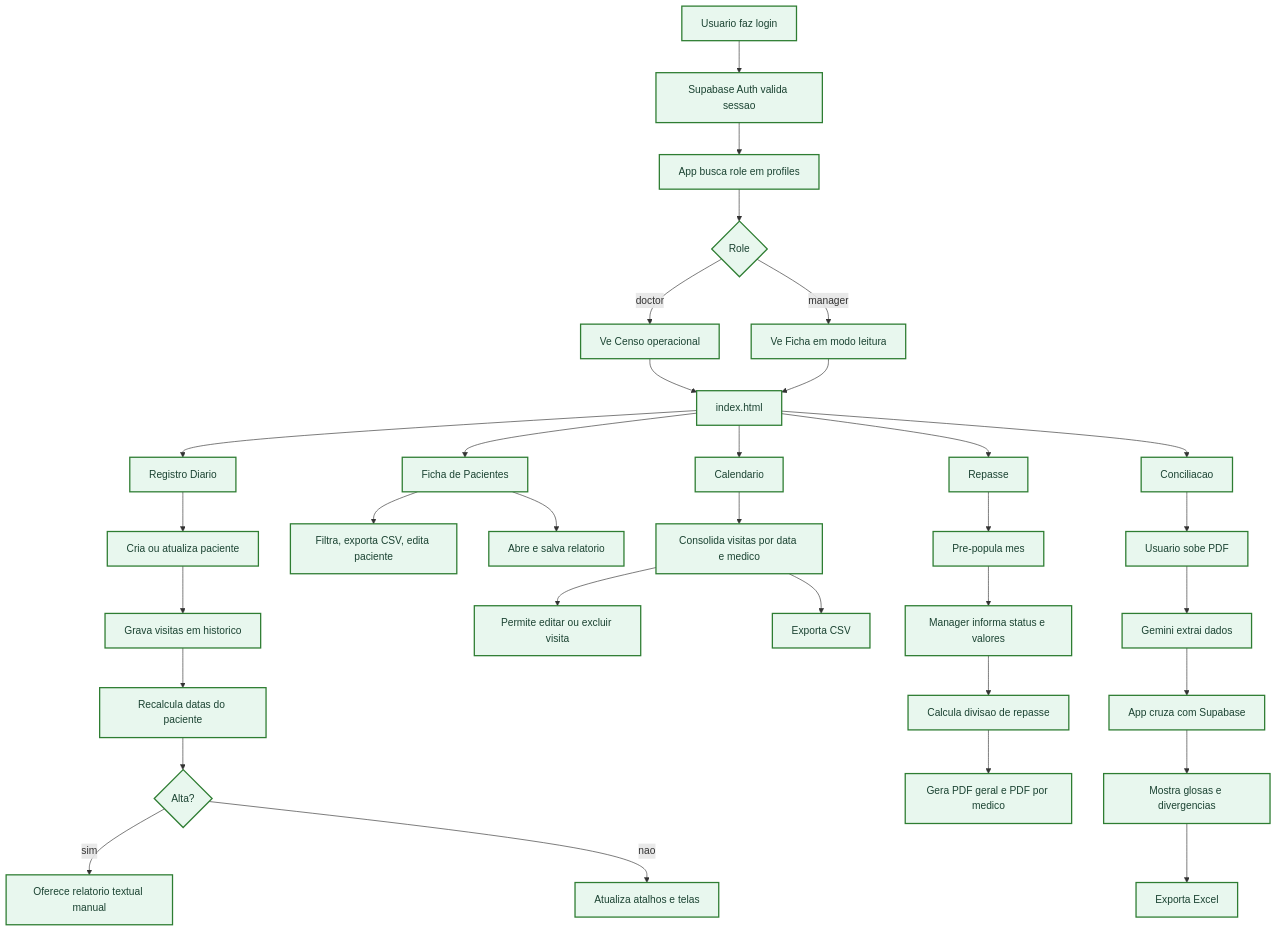
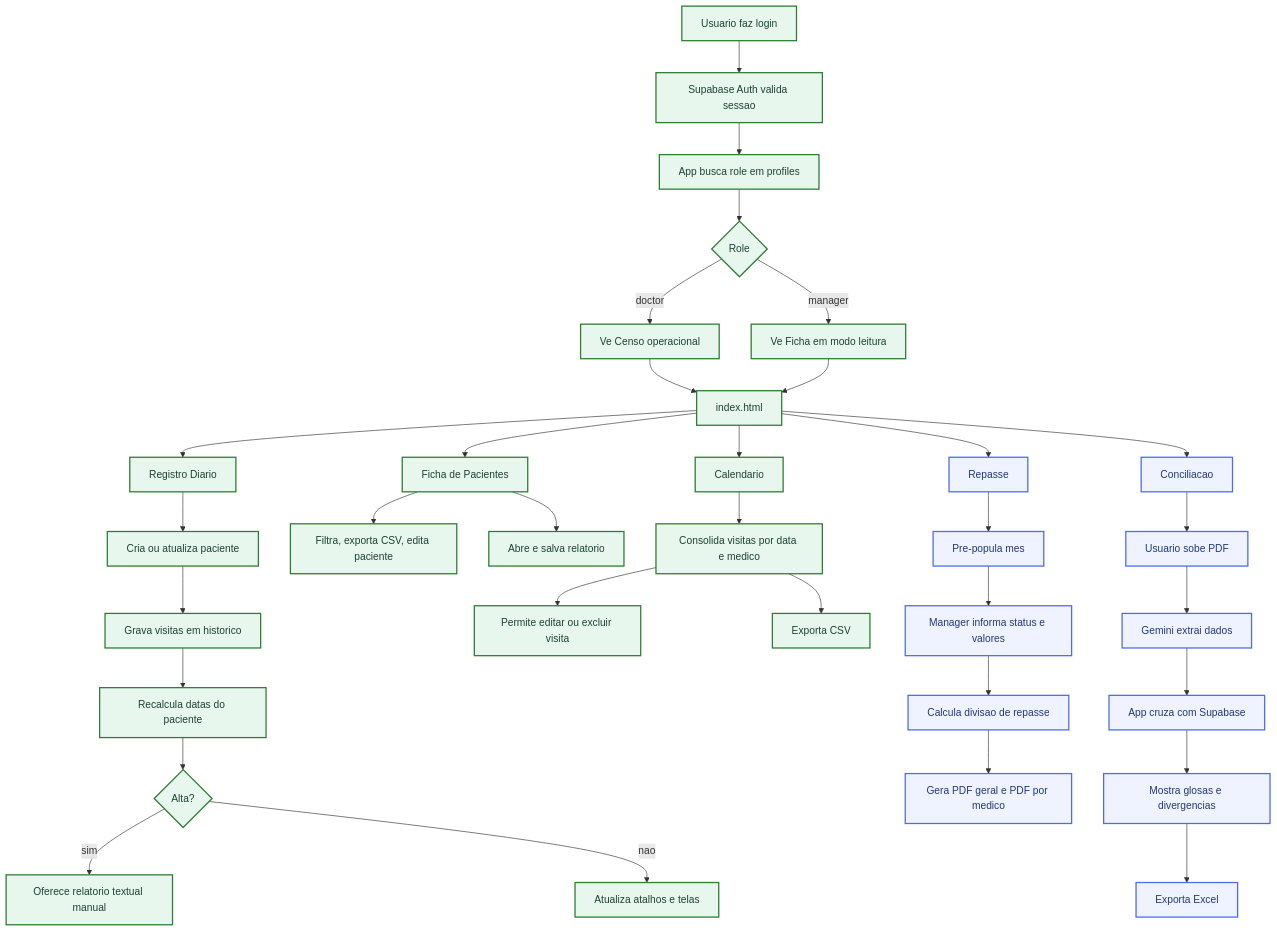
The second of 4 diagrams in docs/fluxograma-funcionamento-apphosp.md (igorgcampana/app-hosp), drawn with Mermaid before and after one commit. The commit also changed 1 other file, not shown here.

Commit message:
Corrige status de repasse e conciliacao no fluxograma

````diff
--- a/docs/fluxograma-funcionamento-apphosp.md
+++ b/docs/fluxograma-funcionamento-apphosp.md
@@ -43,47 +43,49 @@
 ```mermaid
 flowchart TD
     classDef atual fill:#e8f7ee,stroke:#2e7d32,color:#1b4332,stroke-width:2px;
+    classDef planejado fill:#eef3ff,stroke:#4f6bed,color:#233876,stroke-width:2px;
 
     A[Usuario faz login] --> B[Supabase Auth valida sessao]
     B --> C[App busca role em profiles]
     C --> D{Role}
 
     D -->|doctor| E[Ve Censo operacional]
     D -->|manager| F[Ve Ficha em modo leitura]
 
     E --> H[index.html]
     F --> H
 
     H --> I[Registro Diario]
     H --> J[Ficha de Pacientes]
     H --> K[Calendario]
     H --> L[Repasse]
     H --> M[Conciliacao]
 
     I --> I1[Cria ou atualiza paciente]
     I1 --> I2[Grava visitas em historico]
     I2 --> I3[Recalcula datas do paciente]
     I3 --> I4{Alta?}
     I4 -->|sim| I5[Oferece relatorio textual manual]
     I4 -->|nao| I6[Atualiza atalhos e telas]
 
     J --> J1[Filtra, exporta CSV, edita paciente]
     J --> J2[Abre e salva relatorio]
 
     K --> K1[Consolida visitas por data e medico]
     K1 --> K2[Permite editar ou excluir visita]
     K1 --> K3[Exporta CSV]
 
     L --> L1[Pre-popula mes]
     L1 --> L2[Manager informa status e valores]
     L2 --> L3[Calcula divisao de repasse]
     L3 --> L4[Gera PDF geral e PDF por medico]
 
     M --> M1[Usuario sobe PDF]
     M1 --> M2[Gemini extrai dados]
     M2 --> M3[App cruza com Supabase]
     M3 --> M4[Mostra glosas e divergencias]
     M4 --> M5[Exporta Excel]
 
-    class A,B,C,D,E,F,H,I,I1,I2,I3,I4,I5,I6,J,J1,J2,K,K1,K2,K3,L,L1,L2,L3,L4,M,M1,M2,M3,M4,M5 atual;
+    class A,B,C,D,E,F,H,I,I1,I2,I3,I4,I5,I6,J,J1,J2,K,K1,K2,K3 atual;
+    class L,L1,L2,L3,L4,M,M1,M2,M3,M4,M5 planejado;
 ```
````
